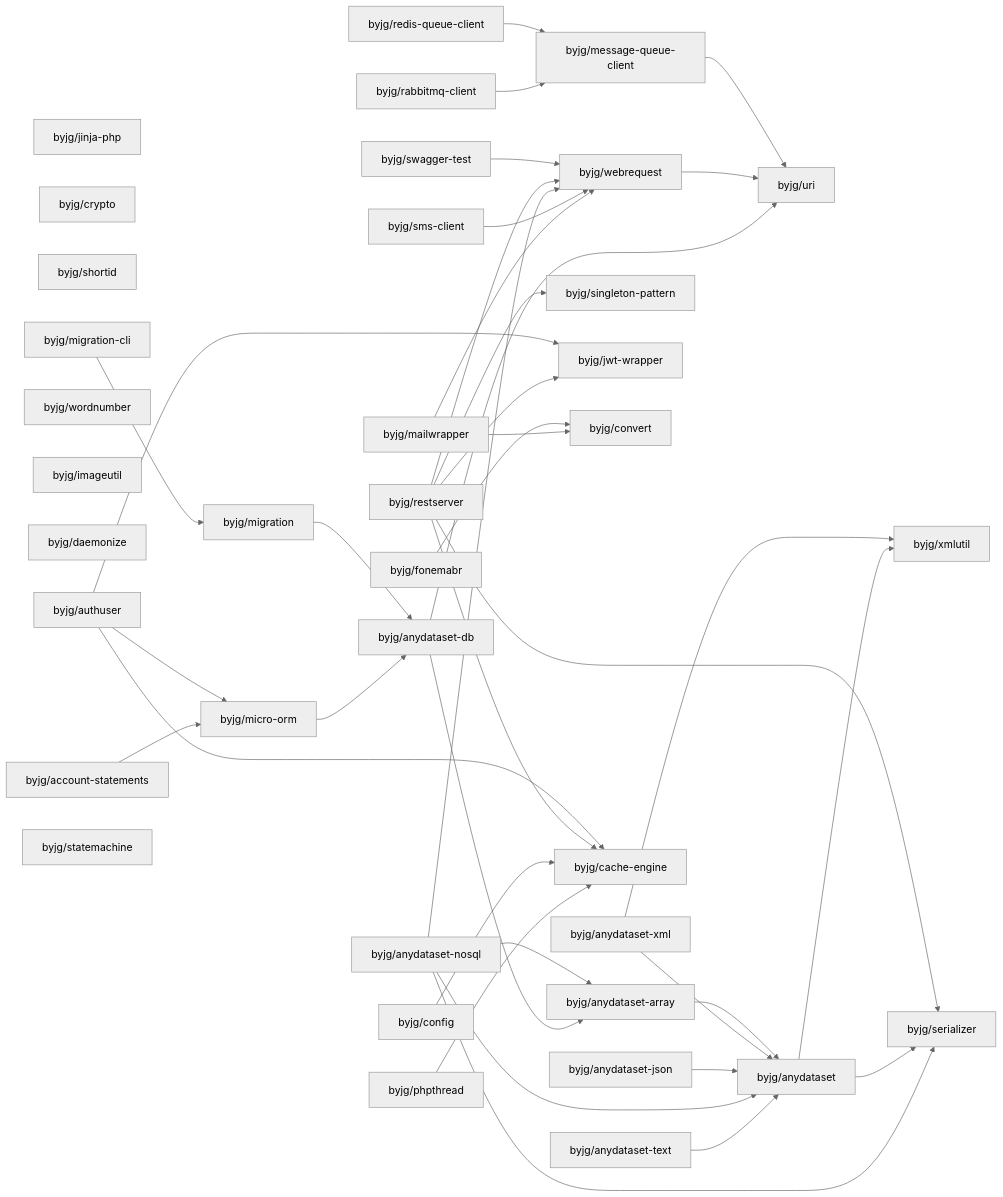
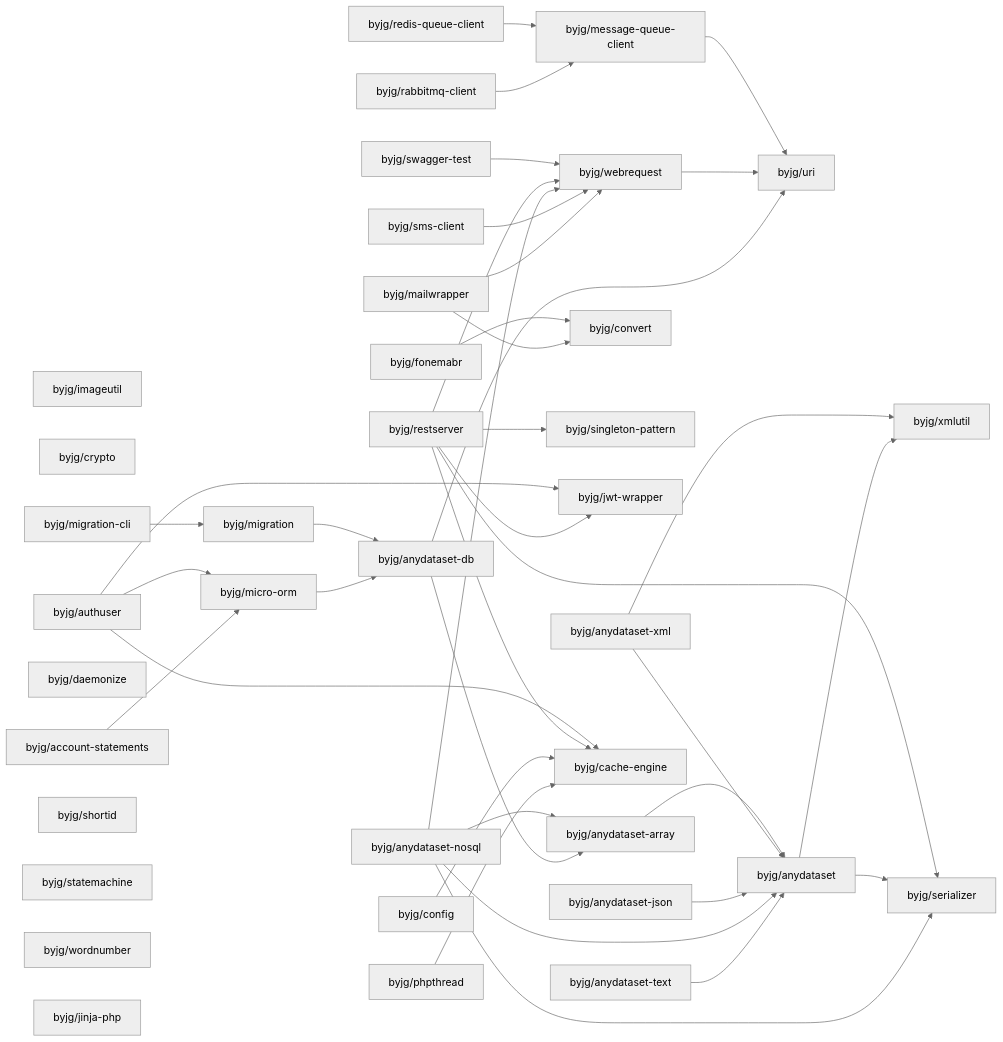
One commit to byjg/byjg.github.io changed the diagram in docs/php/README.md. Above: the diagram before and after it, drawn with Mermaid (neutral theme). The commit also changed other lines of this file, not shown here.

Commit message:
Update documentation 'php' 'php-webrequest'

````diff
--- a/docs/php/README.md
+++ b/docs/php/README.md
@@ -3,76 +3,76 @@
 ```mermaid
 graph LR;
-  byjg/jinja-php;
-  byjg/restserver;
+  byjg/imageutil;
   byjg/crypto;
-  byjg/shortid;
+  byjg/phpthread;
+  byjg/authuser;
+  byjg/anydataset-xml;
   byjg/mailwrapper;
-  byjg/authuser;
-  byjg/anydataset-nosql;
+  byjg/migration-cli;
+  byjg/daemonize;
+  byjg/account-statements;
+  byjg/rabbitmq-client;
   byjg/swagger-test;
   byjg/fonemabr;
+  byjg/anydataset-text;
+  byjg/shortid;
+  byjg/sms-client;
+  byjg/statemachine;
   byjg/wordnumber;
+  byjg/restserver;
+  byjg/anydataset-nosql;
   byjg/anydataset-json;
+  byjg/jinja-php;
   byjg/redis-queue-client;
-  byjg/phpthread;
-  byjg/sms-client;
-  byjg/anydataset-xml;
-  byjg/anydataset-text;
-  byjg/imageutil;
-  byjg/daemonize;
   byjg/config;
-  byjg/account-statements;
-  byjg/migration-cli;
-  byjg/statemachine;
-  byjg/rabbitmq-client;
+  byjg/migration;
+  byjg/micro-orm;
+  byjg/convert;
   byjg/singleton-pattern;
   byjg/jwt-wrapper;
-  byjg/convert;
   byjg/webrequest;
+  byjg/message-queue-client;
   byjg/cache-engine;
-  byjg/micro-orm;
-  byjg/migration;
-  byjg/message-queue-client;
   byjg/anydataset-db;
   byjg/anydataset-array;
   byjg/uri;
   byjg/anydataset;
   byjg/serializer;
   byjg/xmlutil;
   byjg/mailwrapper --> byjg/convert;
   byjg/mailwrapper --> byjg/webrequest;
   byjg/rabbitmq-client --> byjg/message-queue-client;
   byjg/anydataset-db --> byjg/anydataset-array;
   byjg/anydataset-db --> byjg/uri;
   byjg/sms-client --> byjg/webrequest;
   byjg/anydataset-text --> byjg/anydataset;
   byjg/anydataset-nosql --> byjg/anydataset;
   byjg/anydataset-nosql --> byjg/anydataset-array;
   byjg/anydataset-nosql --> byjg/serializer;
   byjg/anydataset-nosql --> byjg/webrequest;
   byjg/webrequest --> byjg/uri;
   byjg/migration-cli --> byjg/migration;
   byjg/anydataset-json --> byjg/anydataset;
   byjg/anydataset --> byjg/serializer;
   byjg/anydataset --> byjg/xmlutil;
   byjg/phpthread --> byjg/cache-engine;
   byjg/message-queue-client --> byjg/uri;
   byjg/anydataset-xml --> byjg/anydataset;
   byjg/anydataset-xml --> byjg/xmlutil;
   byjg/micro-orm --> byjg/anydataset-db;
   byjg/migration --> byjg/anydataset-db;
   byjg/config --> byjg/cache-engine;
   byjg/restserver --> byjg/serializer;
   byjg/restserver --> byjg/singleton-pattern;
   byjg/restserver --> byjg/cache-engine;
   byjg/restserver --> byjg/webrequest;
   byjg/restserver --> byjg/jwt-wrapper;
   byjg/redis-queue-client --> byjg/message-queue-client;
   byjg/account-statements --> byjg/micro-orm;
   byjg/fonemabr --> byjg/convert;
   byjg/anydataset-array --> byjg/anydataset;
   byjg/authuser --> byjg/micro-orm;
   byjg/authuser --> byjg/cache-engine;
   byjg/authuser --> byjg/jwt-wrapper;
   byjg/swagger-test --> byjg/webrequest;
 ```
````
